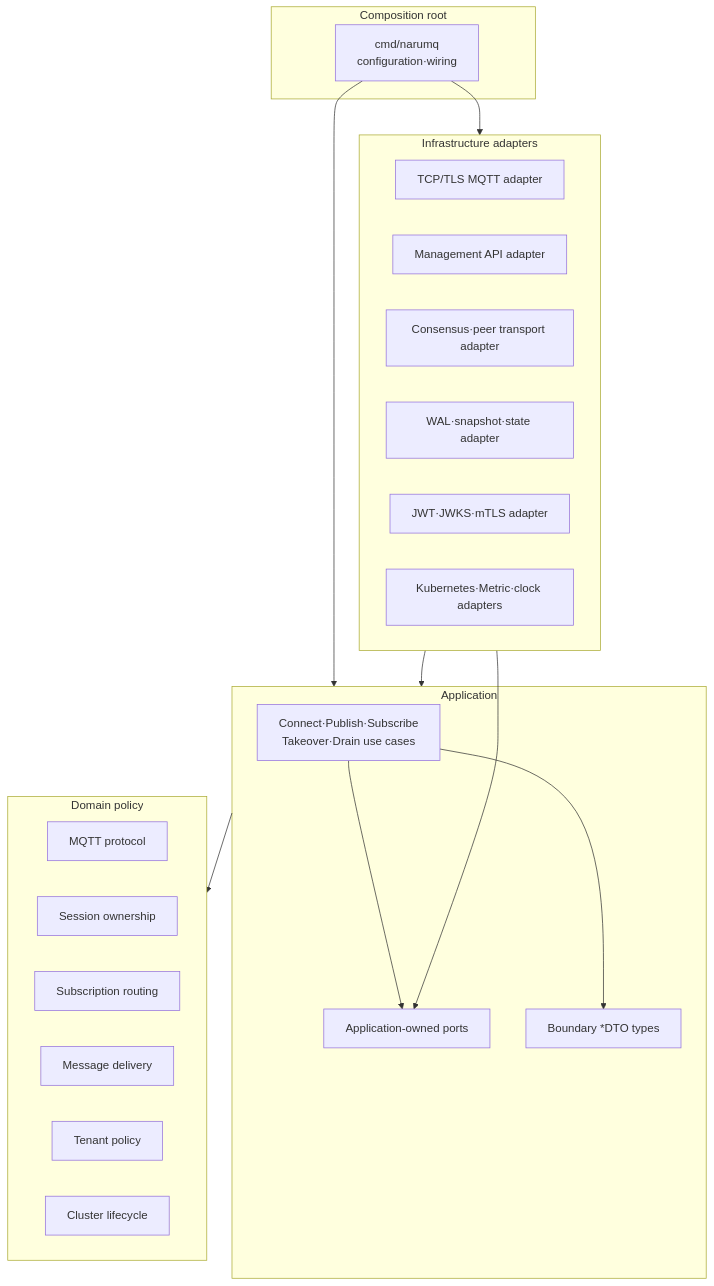
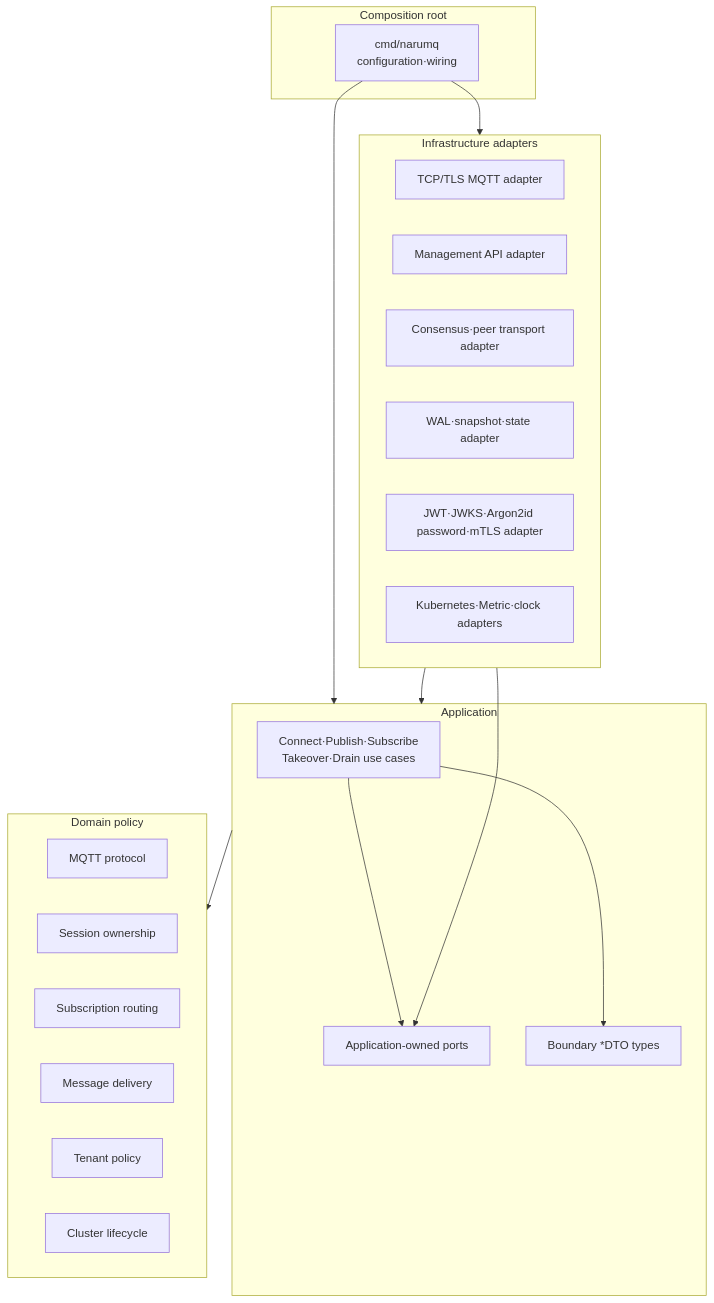
The diagram in docs/architectures/broker-core.md (kayden-kim/narumq), drawn with Mermaid before and after one commit. The commit also changed other lines of this file and 43 other files, not shown here.

Commit message:
feat(auth): add MQTT password authentication

````diff
--- a/docs/architectures/broker-core.md
+++ b/docs/architectures/broker-core.md
@@ -22,38 +22,38 @@
 ```mermaid
 flowchart TB
     subgraph Composition["Composition root"]
         Main["cmd/narumq\nconfiguration·wiring"]
     end
 
     subgraph Adapters["Infrastructure adapters"]
         MQTTAdapter["TCP/TLS MQTT adapter"]
         APIAdapter["Management API adapter"]
         RaftAdapter["Consensus·peer transport adapter"]
         StorageAdapter["WAL·snapshot·state adapter"]
-        AuthAdapter["JWT·JWKS·mTLS adapter"]
+        AuthAdapter["JWT·JWKS·Argon2id password·mTLS adapter"]
         PlatformAdapter["Kubernetes·Metric·clock adapters"]
     end
 
     subgraph Application["Application"]
         UseCases["Connect·Publish·Subscribe\nTakeover·Drain use cases"]
         Ports["Application-owned ports"]
         DTO["Boundary *DTO types"]
     end
 
     subgraph Domain["Domain policy"]
         Protocol["MQTT protocol"]
         Session["Session ownership"]
         Routing["Subscription routing"]
         Delivery["Message delivery"]
         Tenancy["Tenant policy"]
         Lifecycle["Cluster lifecycle"]
     end
 
     Main --> Adapters
     Main --> Application
     Adapters --> Application
     Adapters --> Ports
     Application --> Domain
     UseCases --> Ports
     UseCases --> DTO
 ```
````
